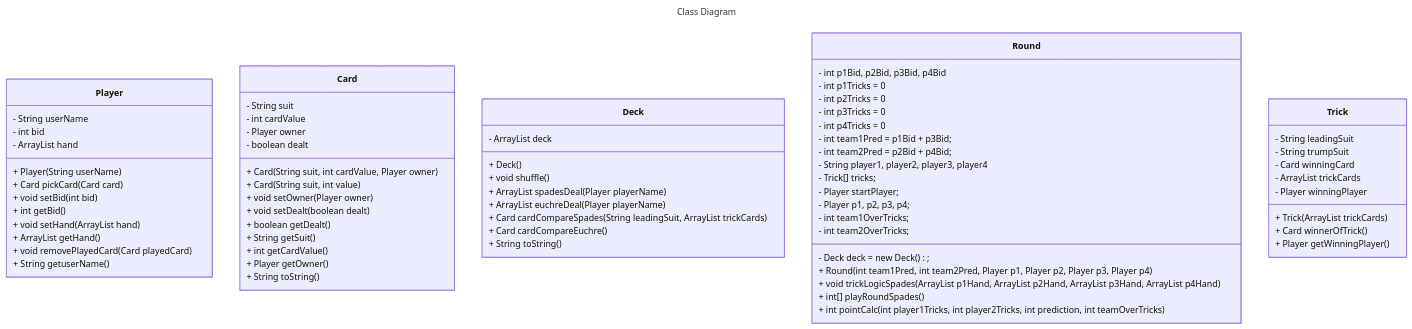
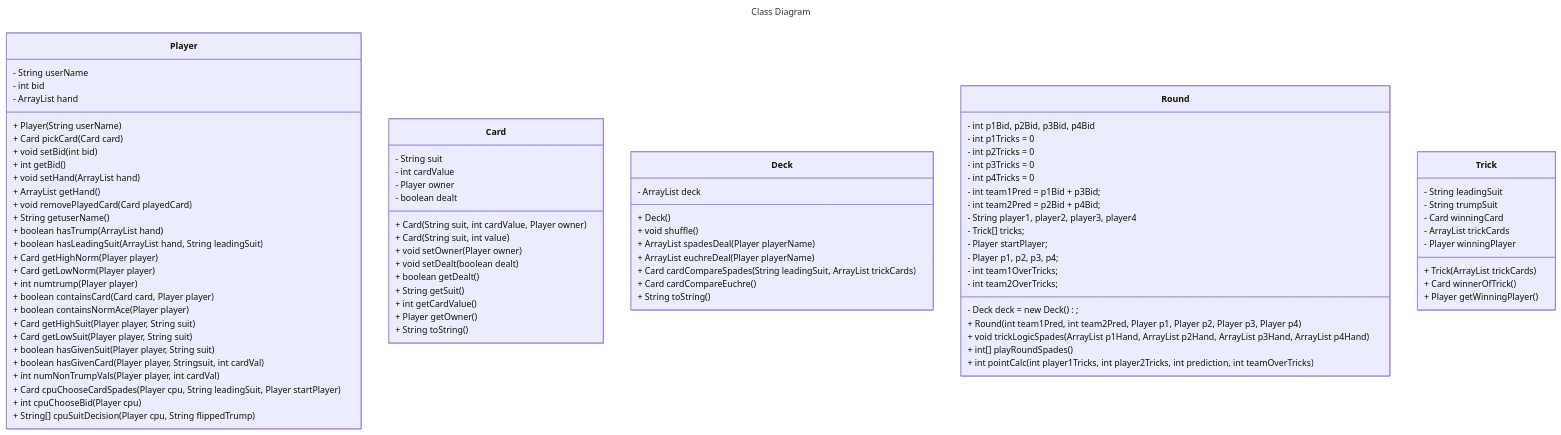
Before and after one commit to NellyBoi18/Deckd-Out: the second of 5 diagrams in README.md, drawn with Mermaid.

Commit message:
Update Player class diagram

```diff
--- a/README.md
+++ b/README.md
@@ -243,6 +243,21 @@
         + ArrayList<Card> getHand()
         + void removePlayedCard(Card playedCard)
         + String getuserName()
+        + boolean hasTrump(ArrayList<Card> hand)
+        + boolean hasLeadingSuit(ArrayList<Card> hand, String leadingSuit)
+        + Card getHighNorm(Player player)
+        + Card getLowNorm(Player player)
+        + int numtrump(Player player)
+        + boolean containsCard(Card card, Player player)
+        + boolean containsNormAce(Player player)
+        + Card getHighSuit(Player player, String suit)
+        + Card getLowSuit(Player player, String suit)
+        + boolean hasGivenSuit(Player player, String suit)
+        + boolean hasGivenCard(Player player, Stringsuit, int cardVal)
+        + int numNonTrumpVals(Player player, int cardVal)
+        + Card cpuChooseCardSpades(Player cpu, String leadingSuit, Player startPlayer)
+        + int cpuChooseBid(Player cpu)
+        + String[] cpuSuitDecision(Player cpu, String flippedTrump)
     }
 
     class Card {
```
